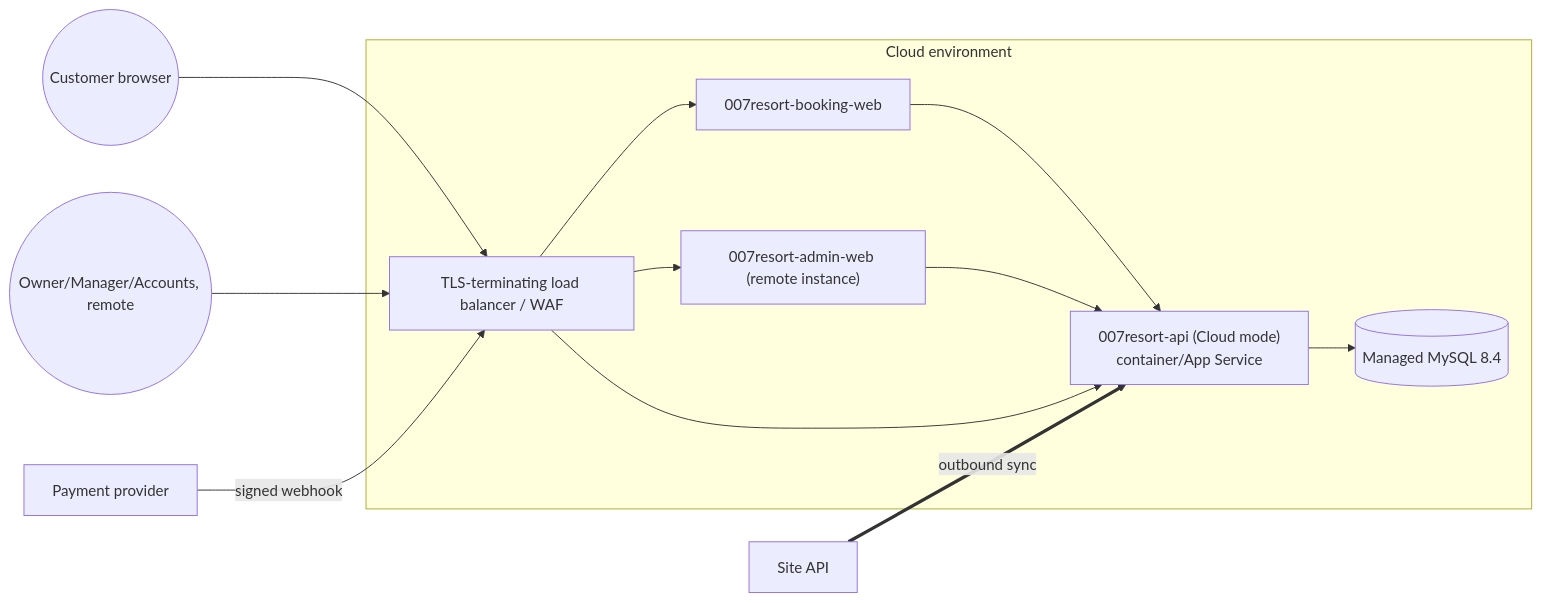
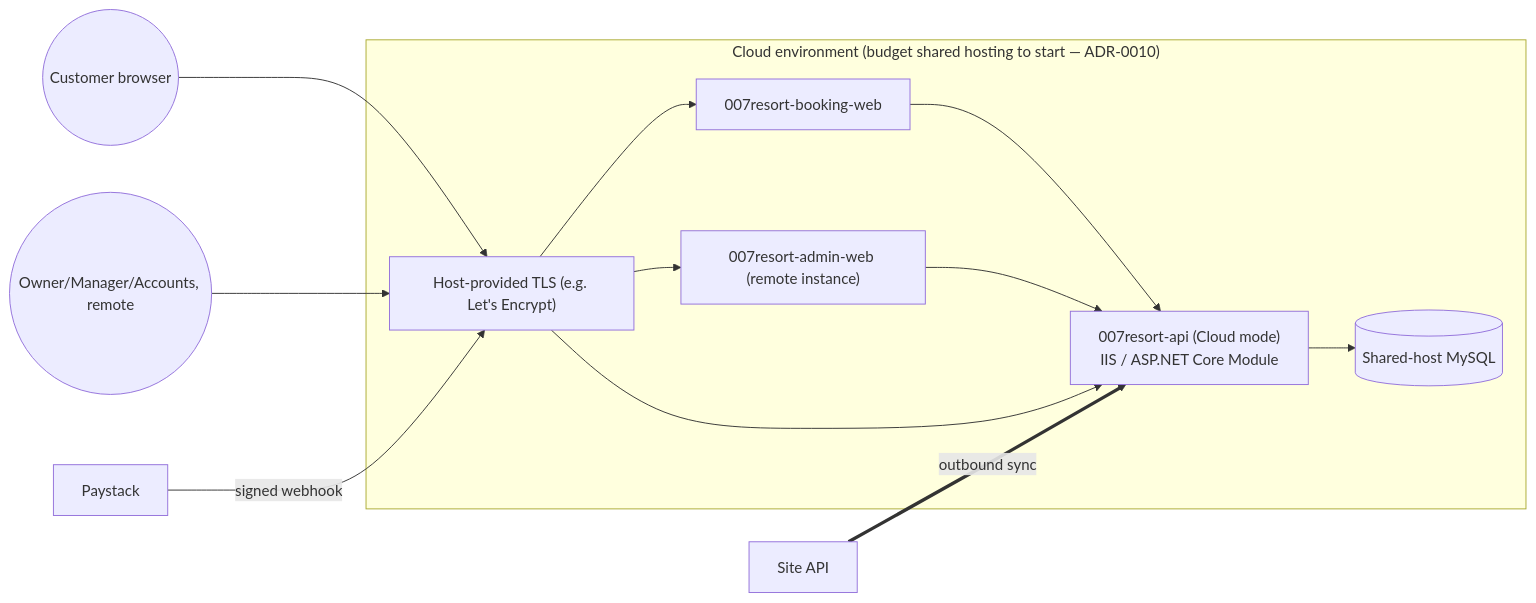
One commit to prinzderick/007resort-docs changed the second of 2 diagrams in architecture/16-deployment-topology.md. Above: the diagram before and after it, drawn with Mermaid. The commit also changed other lines of this file and 4 other files, not shown here.

First line of the commit message:
docs: finalize owner-confirmed decisions (ADR-0009, ADR-0010, ADR-0011)

````diff
--- a/architecture/16-deployment-topology.md
+++ b/architecture/16-deployment-topology.md
@@ -52,15 +52,15 @@
 ```mermaid
 flowchart LR
-  subgraph CloudEnv["Cloud environment"]
-    CAPI["007resort-api (Cloud mode)<br/>container/App Service"]
-    CDB[("Managed MySQL 8.4")]
+  subgraph CloudEnv["Cloud environment (budget shared hosting to start — ADR-0010)"]
+    CAPI["007resort-api (Cloud mode)<br/>IIS / ASP.NET Core Module"]
+    CDB[("Shared-host MySQL")]
     BW["007resort-booking-web"]
     AWc["007resort-admin-web (remote instance)"]
-    LB["TLS-terminating load balancer / WAF"]
+    TLS["Host-provided TLS (e.g. Let's Encrypt)"]
   end
-  Customer((Customer browser)) --> LB --> BW --> CAPI
-  Remote((Owner/Manager/Accounts, remote)) --> LB --> AWc --> CAPI
-  PSP["Payment provider"] -- signed webhook --> LB --> CAPI
+  Customer((Customer browser)) --> TLS --> BW --> CAPI
+  Remote((Owner/Manager/Accounts, remote)) --> TLS --> AWc --> CAPI
+  PSP["Paystack"] -- signed webhook --> TLS --> CAPI
   CAPI --> CDB
   Site["Site API"] == outbound sync ==> CAPI
 ```
````
